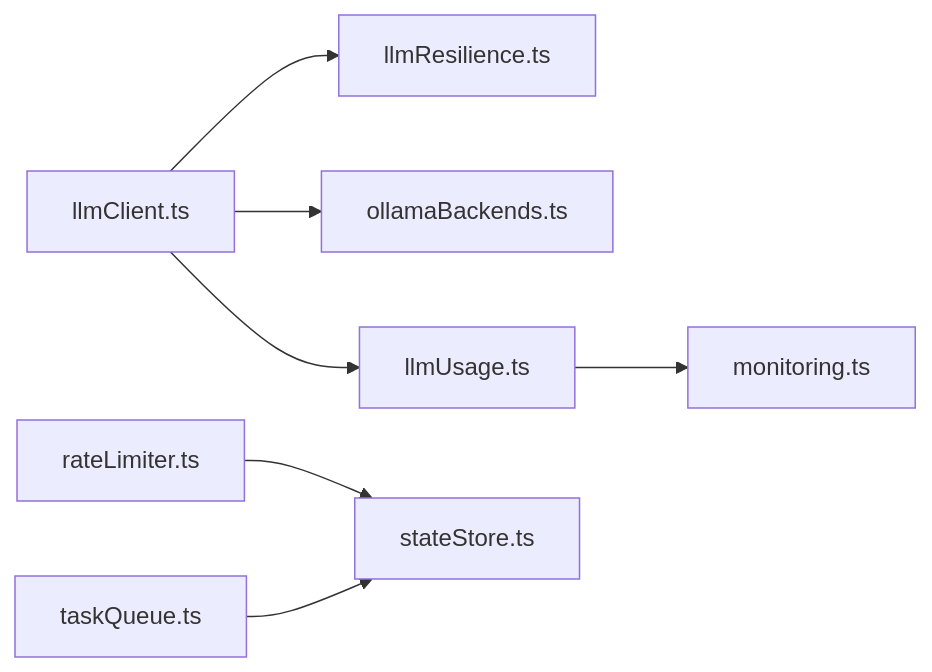
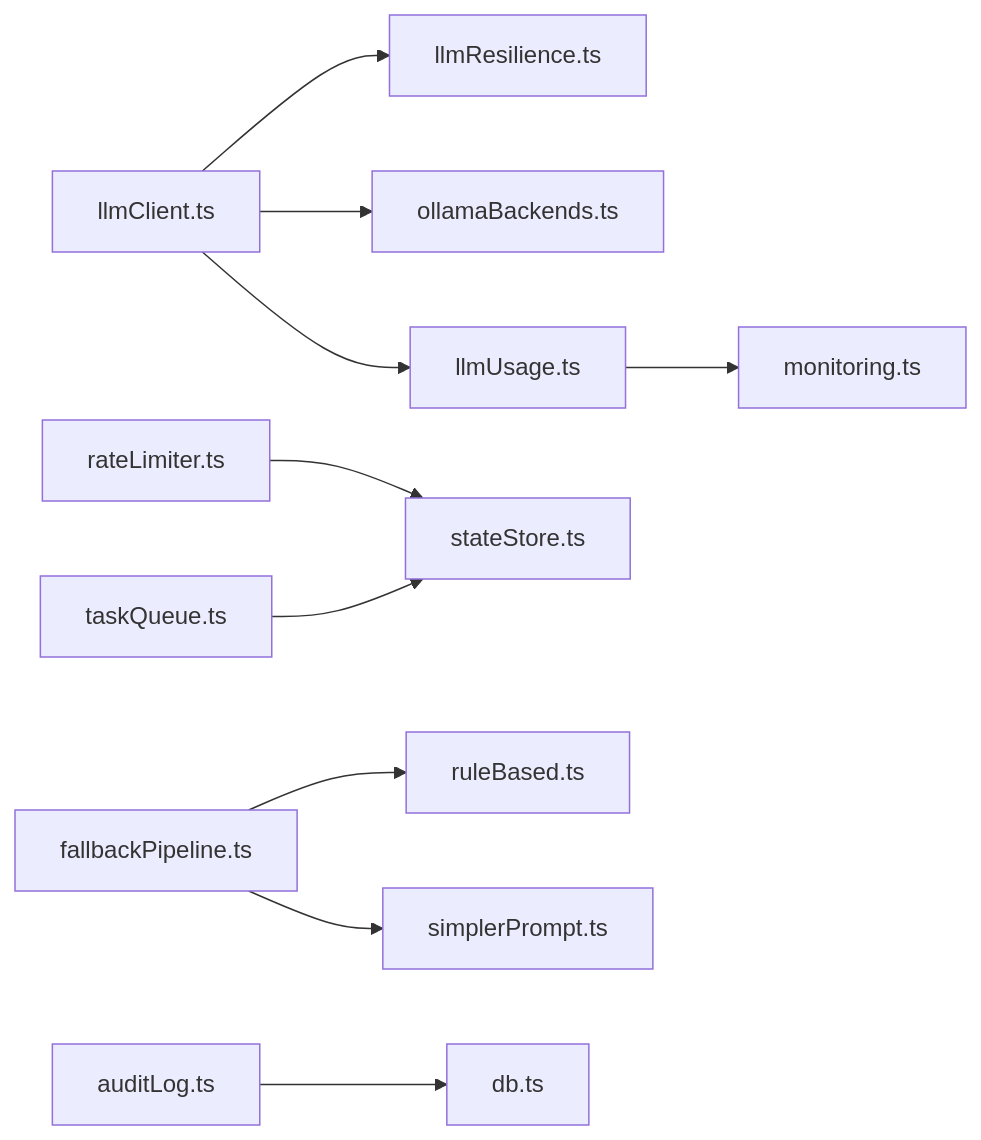
Before and after one commit to dgjin/smart-data-analytics: diagram 12 of 12 in .qoder/repowiki/zh/content/AI与LLM集成/容错与故障转移.md, drawn with Mermaid. The commit also changed other lines of this file and 10 other files, not shown here.

````diff
--- a/.qoder/repowiki/zh/content/AI与LLM集成/容错与故障转移.md
+++ b/.qoder/repowiki/zh/content/AI与LLM集成/容错与故障转移.md
@@ -333,9 +473,12 @@
 ```mermaid
 graph LR
 LC["llmClient.ts"] --> LR["llmResilience.ts"]
 LC --> OB["ollamaBackends.ts"]
 LC --> MU["llmUsage.ts"]
 MU --> MO["monitoring.ts"]
 RL["rateLimiter.ts"] --> SS["stateStore.ts"]
 TQ["taskQueue.ts"] --> SS
+FP["fallbackPipeline.ts"] --> RB["ruleBased.ts"]
+FP --> SP["simplerPrompt.ts"]
+AL["auditLog.ts"] --> DB["db.ts"]
 ```
````
